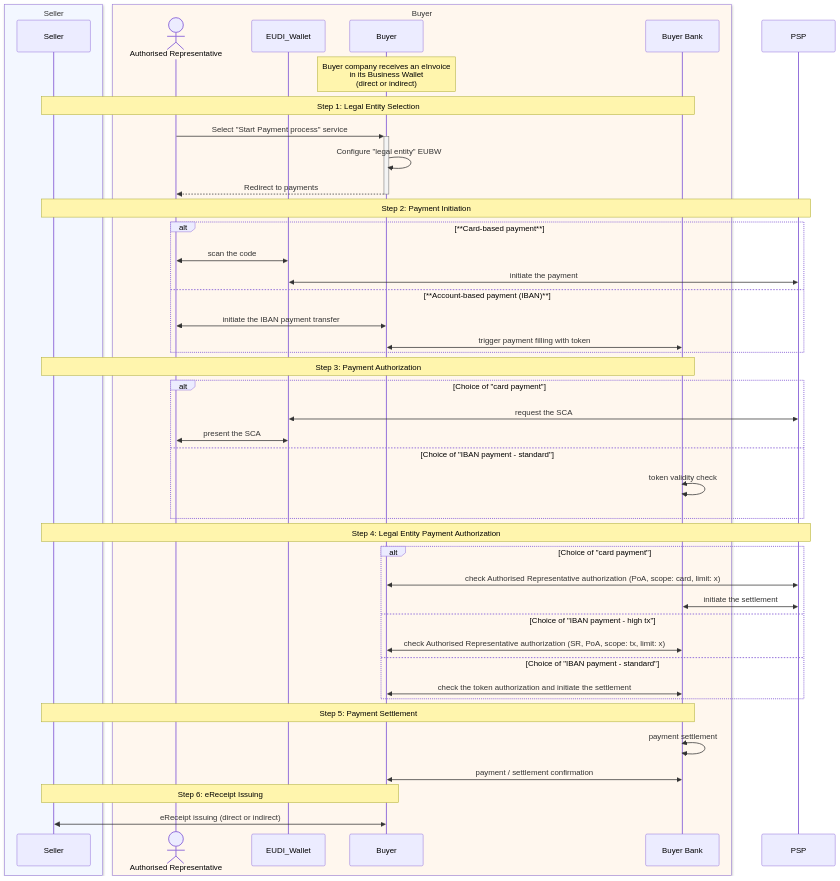
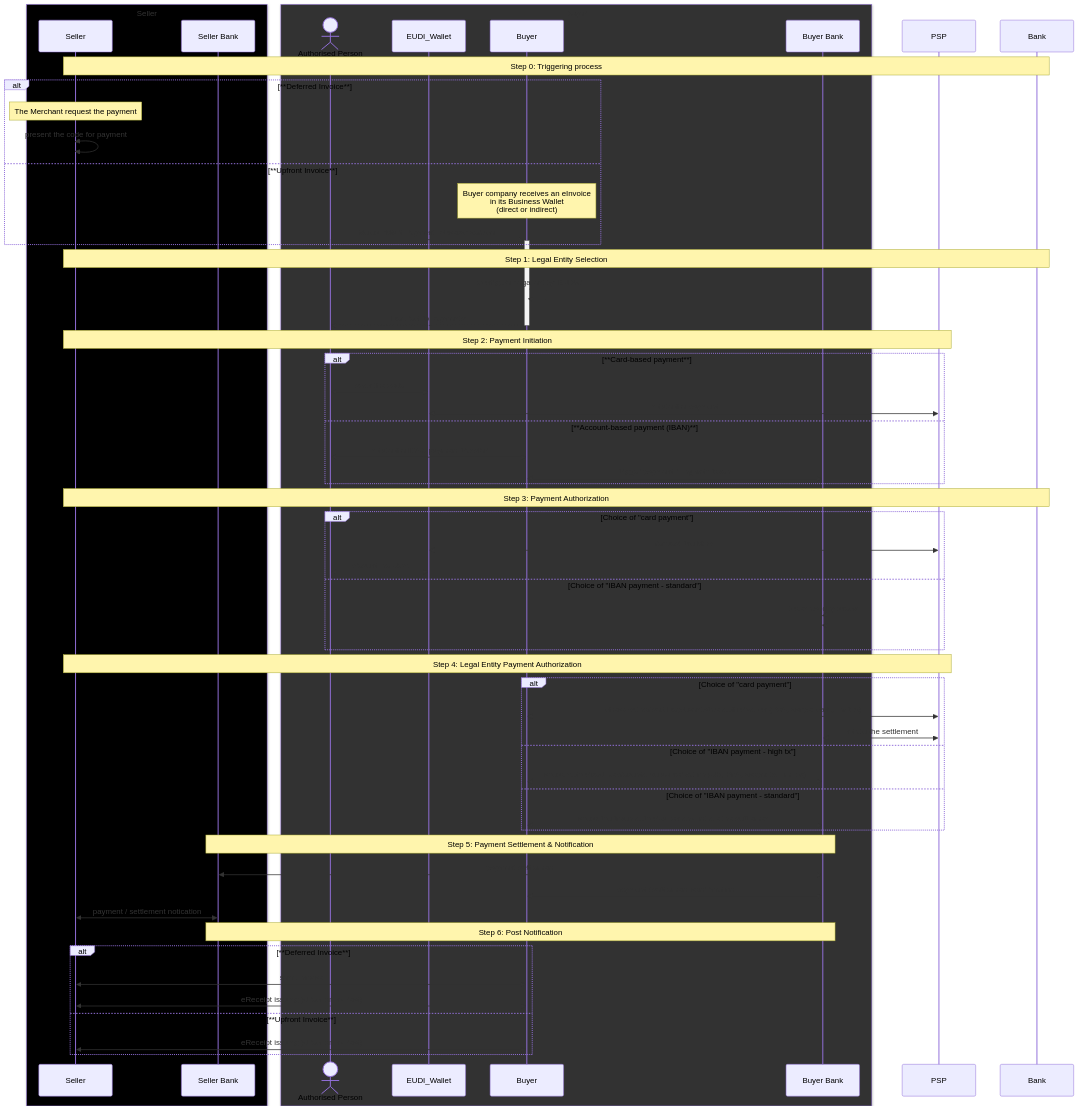
The diagram in PA4/README_MVP.md (flo0x/wp3-technology-standards), drawn with Mermaid before and after one commit. The commit also changed other lines of this file, not shown here.

````diff
--- a/PA4/README_MVP.md
+++ b/PA4/README_MVP.md
@@ -171,54 +192,67 @@
 ```mermaid
 sequenceDiagram
-box rgb(243,247,255) Seller
+box rgb(0,0,0) Seller
   participant Seller
+  participant SellerBank as Seller Bank
 end
-box rgb(255,247,238) Buyer
-  actor AuthRep as Authorised Representative
+box rgb(50,50,50) Buyer
+  actor AuthPerson as Authorised Person
   participant EUDI_Wallet
   participant Buyer
-  participant Bank as Buyer Bank
+  participant BuyerBank as Buyer Bank
 end
 participant PSP
 
-    note over Buyer : Buyer company receives an eInvoice<br/>in its Business Wallet<br/>(direct or indirect)
-
+    note over Seller, Bank  : Step 0: Triggering process 
+    alt **Deferred Invoice**
+        note over Seller  : The Merchant request the payment 
+        Seller <<->> Seller: present the code for payment         
+    else **Upfront  Invoice**     
+        note over Buyer : Buyer company receives an eInvoice<br/>in its Business Wallet<br/>(direct or indirect)
+        AuthPerson ->>+ Buyer : Select "Start Payment process" service
+    end 
+    
     note over Seller, Bank  : Step 1: Legal Entity Selection
-    AuthRep ->>+ Buyer : Select "Start Payment process" service
     Buyer ->> Buyer : Configure "legal entity" EUBW
-    Buyer -->>- AuthRep : Redirect to payments
+    Buyer -->>- AuthPerson : Redirect to payments
 
     note over Seller, PSP  : Step 2: Payment Initiation
     alt **Card-based payment**
-        AuthRep <<->> EUDI_Wallet : scan the code
+        AuthPerson <<->> EUDI_Wallet : scan the code
         EUDI_Wallet <<->> PSP : initiate the payment
     else **Account-based payment (IBAN)**
-        AuthRep <<->> Buyer : initiate the IBAN payment transfer
-        Buyer <<->> Bank : trigger payment filling with token
+        AuthPerson <<->> Buyer : initiate the IBAN payment transfer
+        Buyer <<->> BuyerBank : trigger payment filling with token
     end
 
     note over Seller, Bank  : Step 3: Payment Authorization
     alt Choice of "card payment"
         PSP <<->> EUDI_Wallet : request the SCA
-        AuthRep <<->> EUDI_Wallet : present the SCA
+        AuthPerson <<->> EUDI_Wallet : present the SCA
     else Choice of "IBAN payment - standard"
-        Bank <<->> Bank : token validity check
+        BuyerBank <<->> BuyerBank : token validity check
     end
 
     note over Seller, PSP  : Step 4: Legal Entity Payment Authorization
     alt Choice of "card payment"
         PSP <<->> Buyer : check Authorised Representative authorization (PoA, scope: card, limit: x)
-        PSP <<->> Bank : initiate the settlement
+        PSP <<->> BuyerBank : initiate the settlement
     else Choice of "IBAN payment - high tx"
-        Bank <<->> Buyer : check Authorised Representative authorization (SR, PoA, scope: tx, limit: x)
+        BuyerBank <<->> Buyer : check Authorised Representative authorization (SR, PoA, scope: tx, limit: x)
     else Choice of "IBAN payment - standard"
-        Bank <<->> Buyer : check the token authorization and initiate the settlement
+        BuyerBank <<->> Buyer : check the token authorization and initiate the settlement
     end
 
-    note over Seller, Bank  : Step 5: Payment Settlement
-    Bank <<->> Bank : payment settlement
-    Bank <<->> Buyer : payment / settlement confirmation
+    note over SellerBank, BuyerBank  : Step 5: Payment Settlement & Notification
+    BuyerBank <<->> SellerBank : payment settlement
+    BuyerBank <<->> Buyer : payment / settlement confirmation
+    SellerBank <<->> Seller : payment / settlement notication
 
-    note over Seller, Buyer : Step 6: eReceipt Issuing
-    Buyer <<->> Seller : eReceipt issuing (direct or indirect)
+    note over SellerBank, BuyerBank  : Step 6: Post Notification   
+    alt **Deferred Invoice**
+        Seller <<->> Buyer: send inovice 
+        Buyer <<->> Seller : eReceipt issuing (direct or indirect)
+    else **Upfront  Invoice**     
+        Buyer <<->> Seller : eReceipt issuing (direct or indirect)
+    end 
 ```
````
